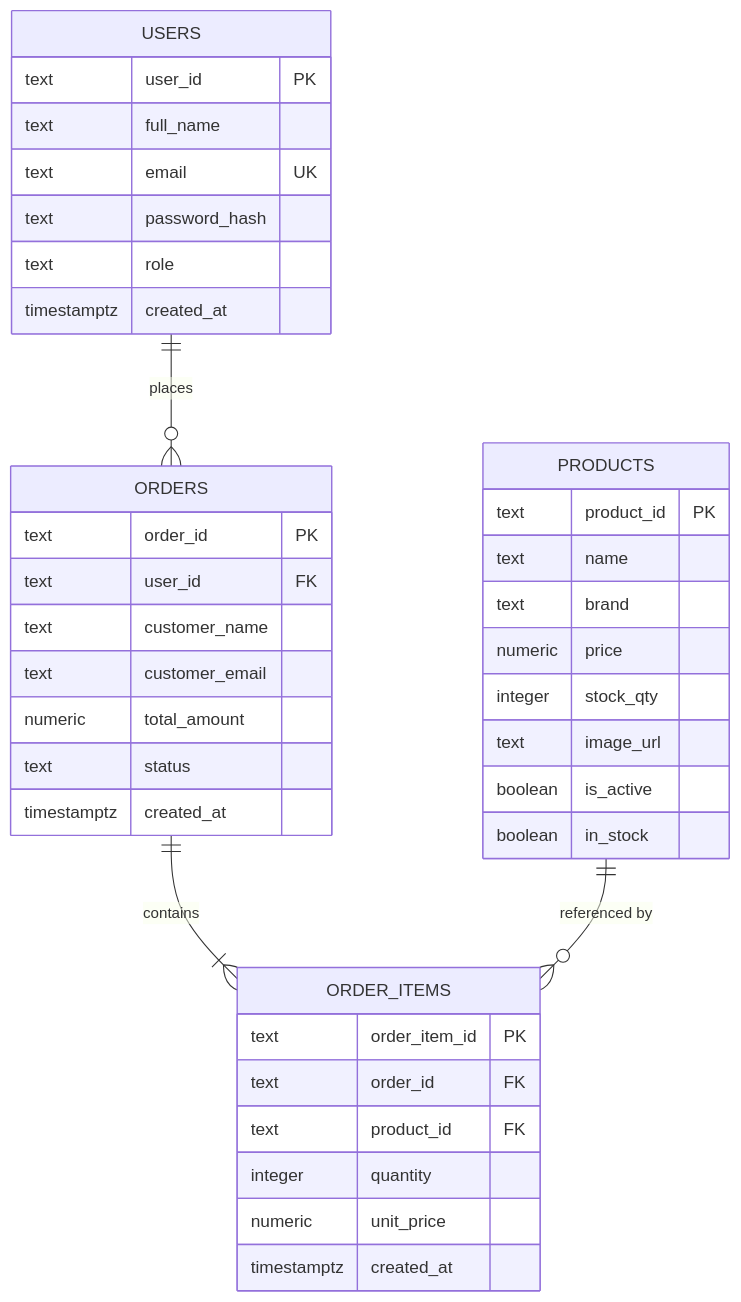
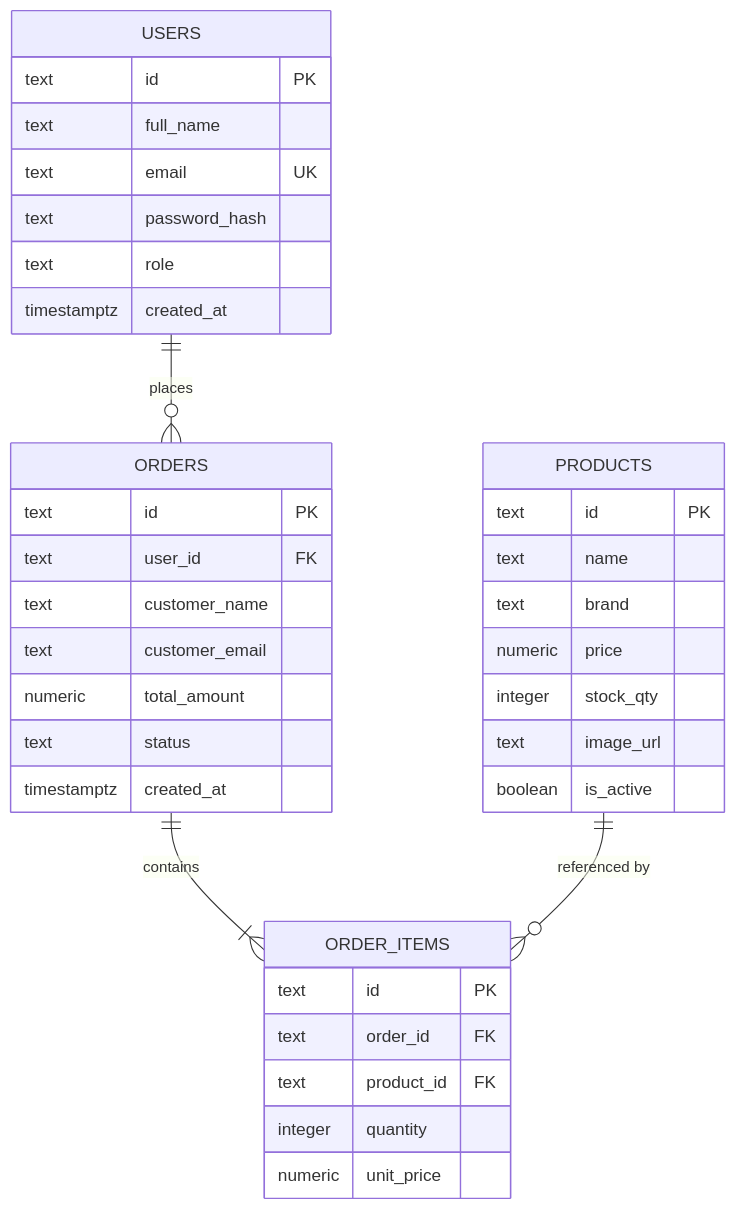
Before and after one commit to mohamedrazim11-maker/Krono_Watches: the diagram in ICT2142_Week08_Documentation_and_Lab_Diary.md, drawn with Mermaid. The commit also changed other lines of this file and 31 other files, not shown here.

````diff
--- a/ICT2142_Week08_Documentation_and_Lab_Diary.md
+++ b/ICT2142_Week08_Documentation_and_Lab_Diary.md
@@ -37,45 +37,43 @@
 ```mermaid
 erDiagram
     USERS ||--o{ ORDERS : "places"
     ORDERS ||--|{ ORDER_ITEMS : "contains"
     PRODUCTS ||--o{ ORDER_ITEMS : "referenced by"
 
     USERS {
-        text user_id PK
+        text id PK
         text full_name
         text email UK
         text password_hash
         text role
         timestamptz created_at
     }
 
     PRODUCTS {
-        text product_id PK
+        text id PK
         text name
         text brand
         numeric price
         integer stock_qty
         text image_url
         boolean is_active
-        boolean in_stock
     }
 
     ORDERS {
-        text order_id PK
+        text id PK
         text user_id FK
         text customer_name
         text customer_email
         numeric total_amount
         text status
         timestamptz created_at
     }
 
     ORDER_ITEMS {
-        text order_item_id PK
+        text id PK
         text order_id FK
         text product_id FK
         integer quantity
         numeric unit_price
-        timestamptz created_at
     }
 ```
````
